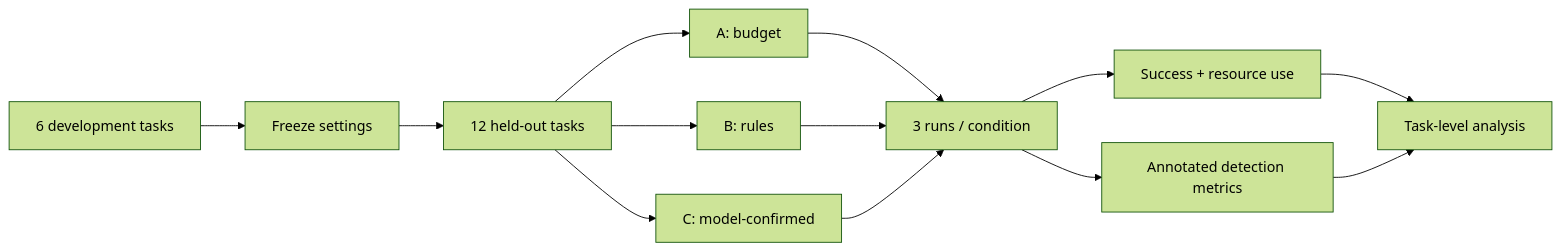
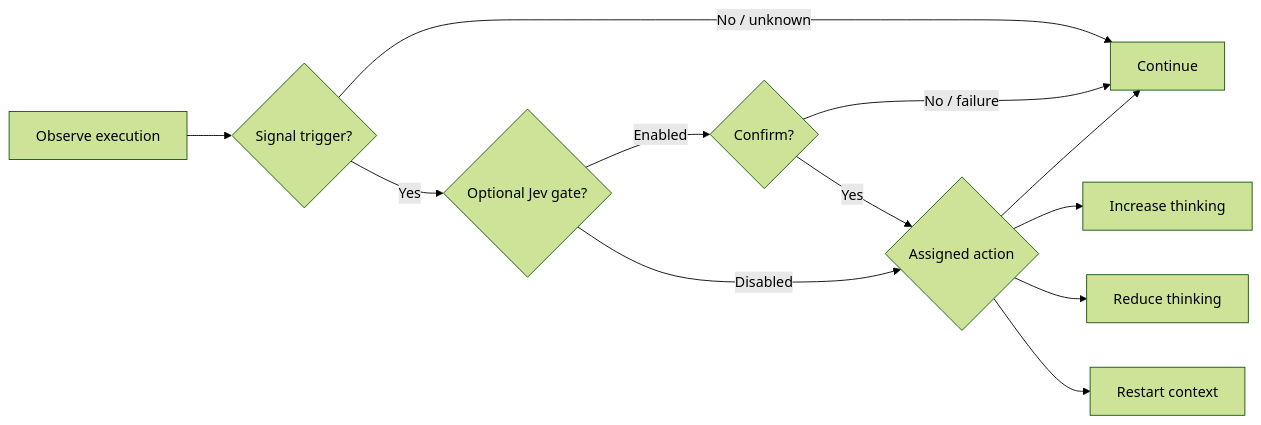
Before and after one commit to jay-waves/comp7607a: the fifth of 5 diagrams in presentation/slides.md, drawn with Mermaid (forest theme). The commit also changed other lines of this file and 2 other files, not shown here.

````diff
--- a/presentation/slides.md
+++ b/presentation/slides.md
@@ -215,15 +217,14 @@
 ```mermaid
 flowchart LR
-  D[6 development tasks] --> F[Freeze settings]
-  F --> T[12 held-out tasks]
-  T --> A[A: budget]
-  T --> B[B: rules]
-  T --> C[C: model-confirmed]
-  A --> R[3 runs / condition]
-  B --> R
-  C --> R
-  R --> S[Success + resource use]
-  R --> N[Annotated detection metrics]
-  S --> U[Task-level analysis]
-  N --> U
+  O[Observe execution] --> T{Signal trigger?}
+  T -->|No / unknown| C[Continue]
+  T -->|Yes| G{Optional Jev gate?}
+  G -->|Enabled| J{Confirm?}
+  J -->|No / failure| C
+  J -->|Yes| A{Assigned action}
+  G -->|Disabled| A
+  A --> H[Increase thinking]
+  A --> L[Reduce thinking]
+  A --> R[Restart context]
+  A --> C
 ```
````
